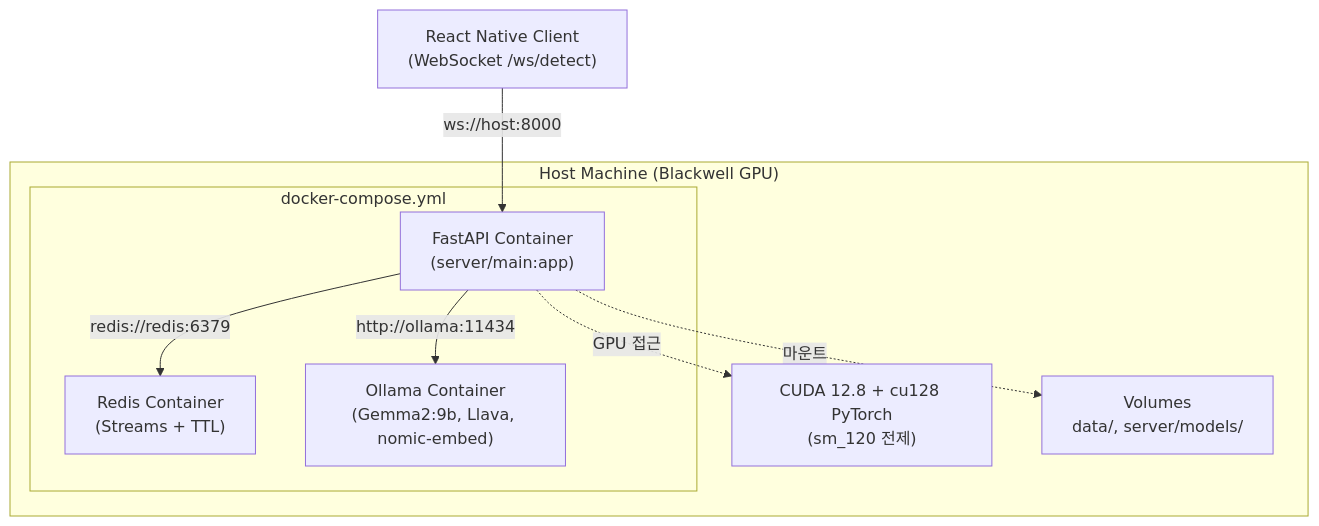
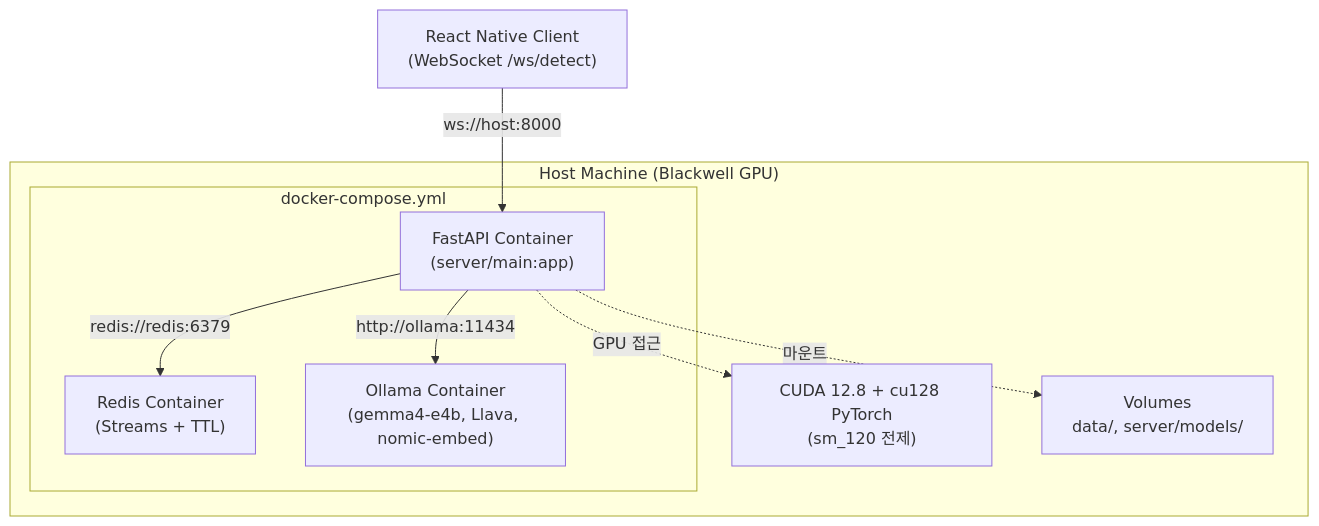
Before and after one commit to Groog-sudo/Minchodan: the diagram in docs/deployment_guide.md, drawn with Mermaid. The commit also changed other lines of this file and 19 other files, not shown here.

````diff
--- a/docs/deployment_guide.md
+++ b/docs/deployment_guide.md
@@ -19,20 +19,20 @@
 ```mermaid
 graph TD
     subgraph Host ["Host Machine (Blackwell GPU)"]
         subgraph Compose ["docker-compose.yml"]
             FastAPI["FastAPI Container<br/>(server/main:app)"]
             Redis["Redis Container<br/>(Streams + TTL)"]
-            Ollama["Ollama Container<br/>(Gemma2:9b, Llava, nomic-embed)"]
+            Ollama["Ollama Container<br/>(gemma4-e4b, Llava, nomic-embed)"]
         end
         GPU["CUDA 12.8 + cu128 PyTorch<br/>(sm_120 전제)"]
         Volumes["Volumes<br/>data/, server/models/"]
     end
 
     Client["React Native Client<br/>(WebSocket /ws/detect)"]
 
     Client -->|"ws://host:8000"| FastAPI
     FastAPI -->|"redis://redis:6379"| Redis
     FastAPI -->|"http://ollama:11434"| Ollama
     FastAPI -.->|"GPU 접근"| GPU
     FastAPI -.->|"마운트"| Volumes
 ```
````
